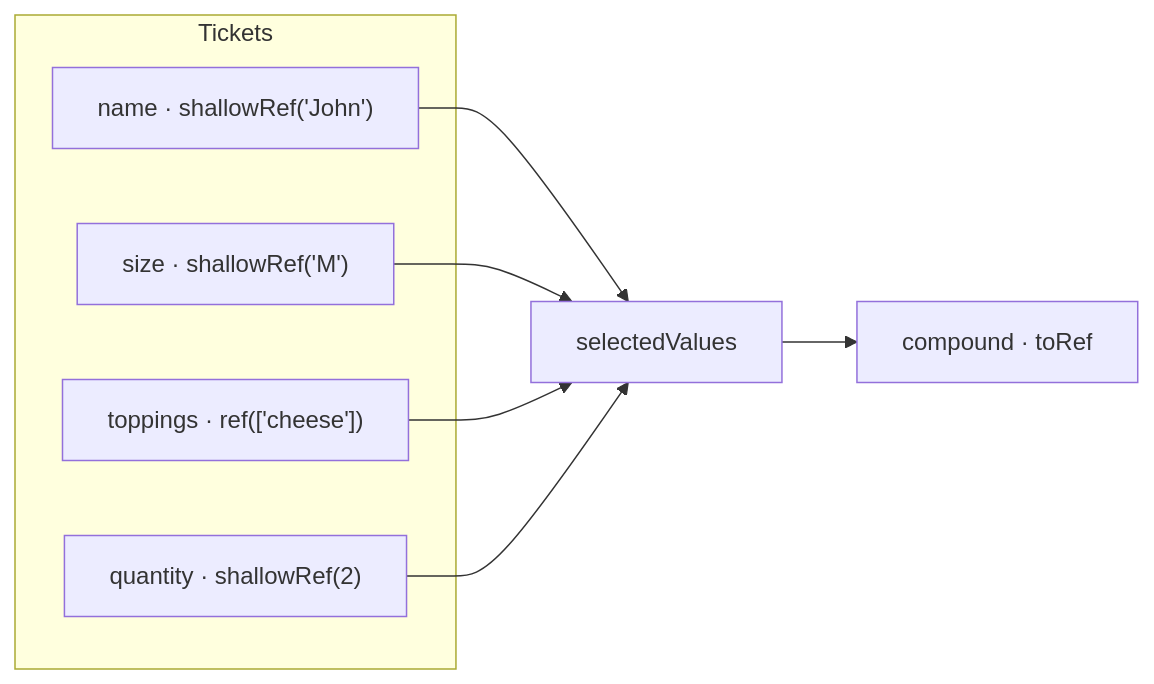
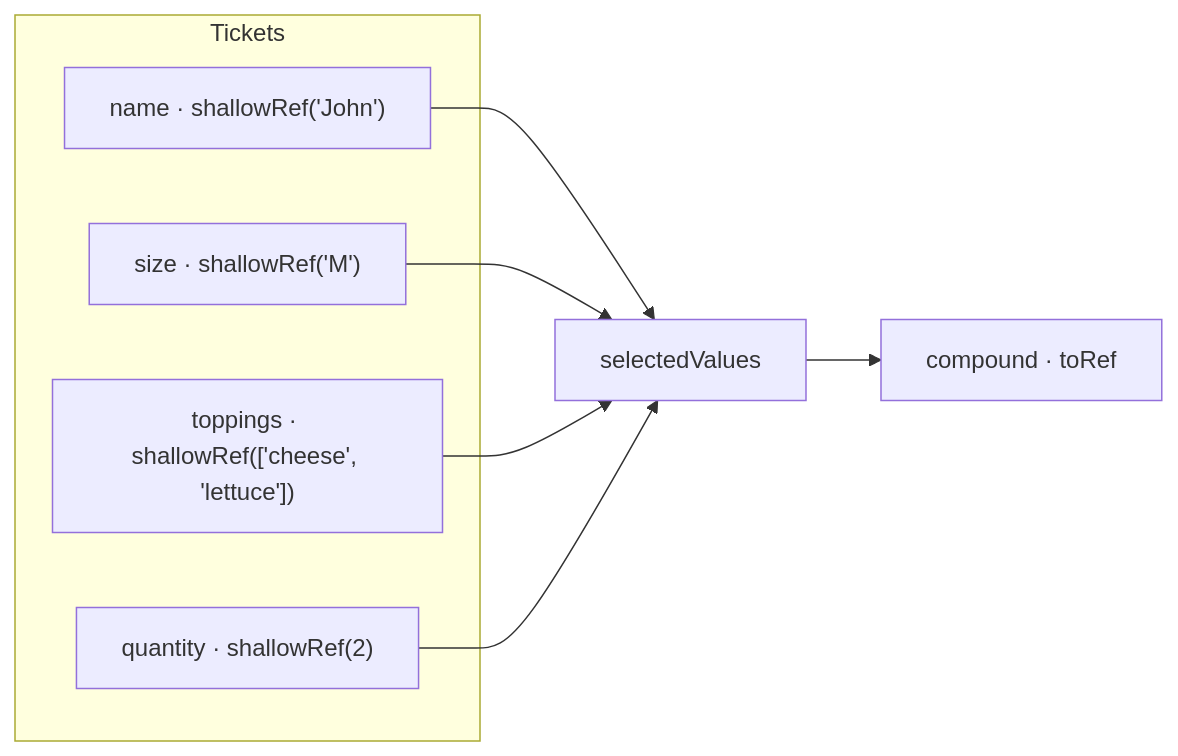
One commit to vuetifyjs/0 changed the second of 3 diagrams in apps/docs/src/pages/composables/selection/create-model.md. Above: the diagram before and after it, drawn with Mermaid. The commit also changed other lines of this file and 1 other file, not shown here.

Commit message:
fix(createModel): override onboard/clear, fix generic narrowing and JSDoc
- Override `onboard` to delegate to model's `register` (adds disabled/isSelected)
- Override `clear` to clean selectedIds before clearing registry
- Fix `reset` order: clear selectedIds before registry for event consistency
- Pass both generics to createRegistry<Z, E> for correct input type narrowing
- Rewrite `apply` JSDoc to describe sequential (not alternative) behavior
- Fix docs Mermaid diagram: toppings initial value and ref type

````diff
--- a/apps/docs/src/pages/composables/selection/create-model.md
+++ b/apps/docs/src/pages/composables/selection/create-model.md
@@ -85,14 +86,14 @@
 ```mermaid "Data Flow"
 flowchart LR
   subgraph Tickets
     name["name · shallowRef('John')"]
     size["size · shallowRef('M')"]
-    toppings["toppings · ref(['cheese'])"]
+    toppings["toppings · shallowRef(['cheese', 'lettuce'])"]
     quantity["quantity · shallowRef(2)"]
   end
   name --> selectedValues
   size --> selectedValues
   toppings --> selectedValues
   quantity --> selectedValues
   selectedValues --> compound["compound · toRef"]
 ```
````
